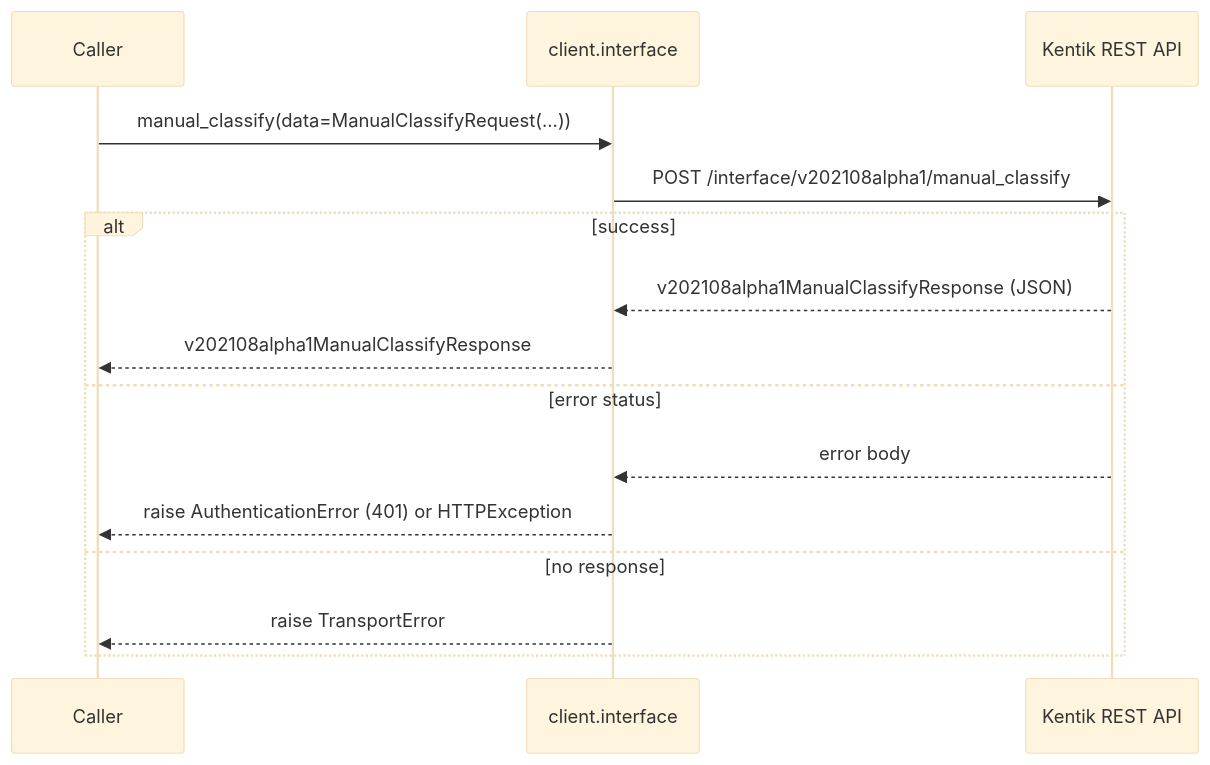
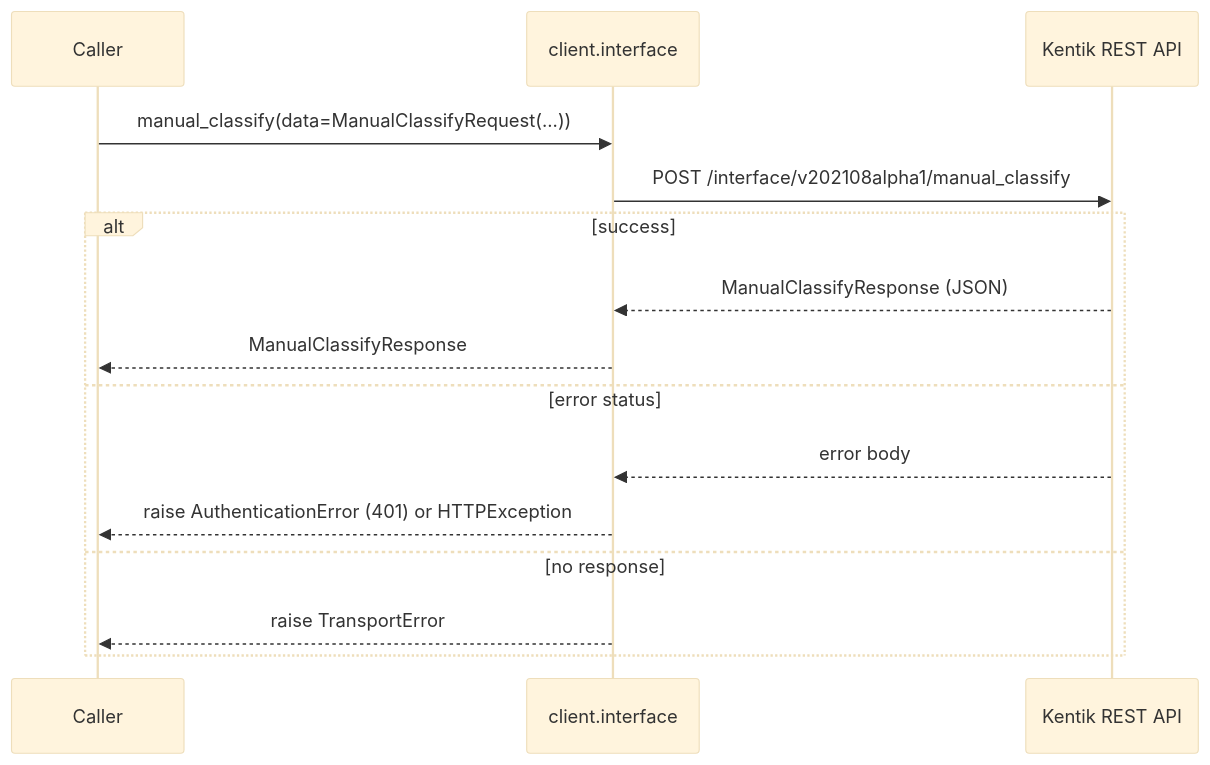
Diagram 12 of 14 in docs/sphinx/services/interface.md (alexdearaujo/community_sdk_python), drawn with Mermaid (base theme) before and after one commit. The commit also changed other lines of this file and 38 other files, not shown here.

````diff
--- a/docs/sphinx/services/interface.md
+++ b/docs/sphinx/services/interface.md
@@ -424,18 +424,18 @@
 ```mermaid
 sequenceDiagram
     participant C as Caller
     participant W as client.interface
     participant API as Kentik REST API
 
     C->>W: manual_classify(data=ManualClassifyRequest(...))
     W->>API: POST /interface/v202108alpha1/manual_classify
     alt success
-        API-->>W: v202108alpha1ManualClassifyResponse (JSON)
-        W-->>C: v202108alpha1ManualClassifyResponse
+        API-->>W: ManualClassifyResponse (JSON)
+        W-->>C: ManualClassifyResponse
     else error status
         API-->>W: error body
         W-->>C: raise AuthenticationError (401) or HTTPException
     else no response
         W-->>C: raise TransportError
     end
 ```
````
